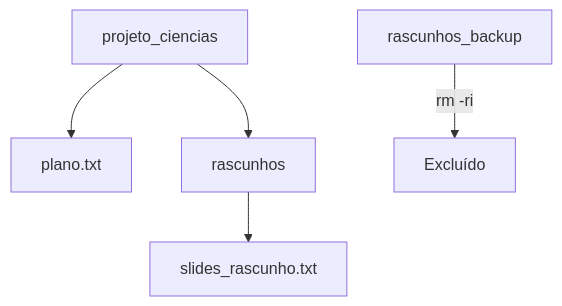
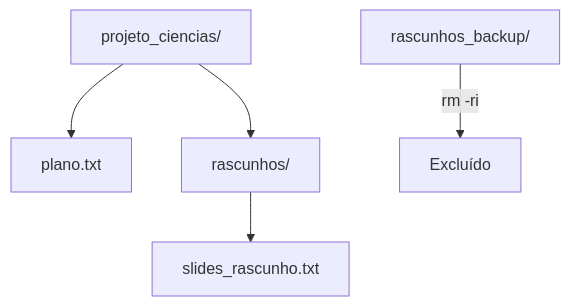
One commit to charlesfsantos/roteiros-linux changed the seventh of 8 diagrams in 2-diretorios-gerenciamento.md. Above: the diagram before and after it, drawn with Mermaid. The commit also changed other lines of this file, not shown here.

````diff
--- a/2-diretorios-gerenciamento.md
+++ b/2-diretorios-gerenciamento.md
@@ -261,7 +252,7 @@
 ```mermaid
 graph TD
-    A[projeto_ciencias] --> B[plano.txt]
-    A --> F[rascunhos]
+    A[projeto_ciencias/] --> B[plano.txt]
+    A --> F[rascunhos/]
     F --> H[slides_rascunho.txt]
-    G[rascunhos_backup] -->|rm -ri| X[Excluído]
+    G[rascunhos_backup/] -->|rm -ri| X[Excluído]
 ```
````
